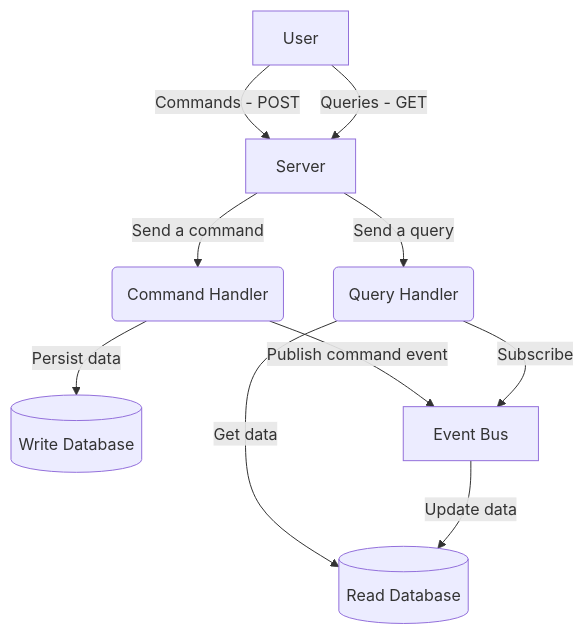
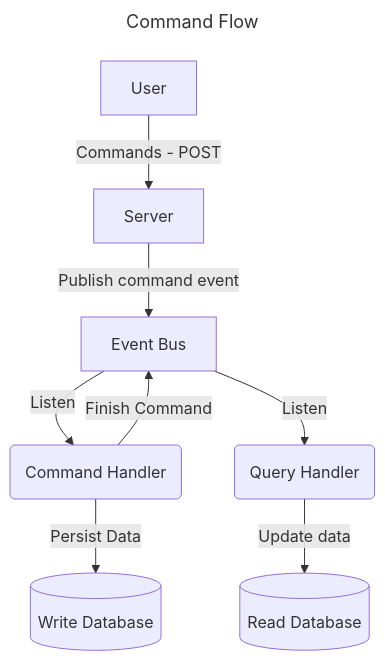
Before and after one commit to Luisgustavom1/microservices-study: the first of 2 diagrams in cqrs/README.md, drawn with Mermaid. The commit also changed other lines of this file, not shown here.

Commit message:
update mermaid flow

````diff
--- a/cqrs/README.md
+++ b/cqrs/README.md
@@ -2,17 +2,20 @@
 ```mermaid
+---
+title: Command Flow
+---
 graph TD
-    User[User] --> |Commands - POST| App --> |Send a command| CommandHandler
-    CommandHandler --> |Persist data| WriteDb
-    CommandHandler --> |Publish command event| Queue
+    User --> |Commands - POST| App --> |Publish command event| Queue
+    
+    Queue --> |Listen| CommandHandler --> |Persist Data| WriteDb
+    CommandHandler --> |Finish Command| Queue
 
-    User --> |Queries - GET| App --> |Send a query| QueryHandler --> |Get data| ReadDb
+    Queue --> |Listen| QueryHandler --> |Update data| ReadDb
 
-    QueryHandler --> |Subscribe| Queue --> |Update data| ReadDb
-    
+    User[User]
     App[Server]
     CommandHandler(Command Handler)
     QueryHandler(Query Handler)
     ReadDb[(Read Database)]
     WriteDb[(Write Database)]
     Queue["Event Bus"]
 ```
````
